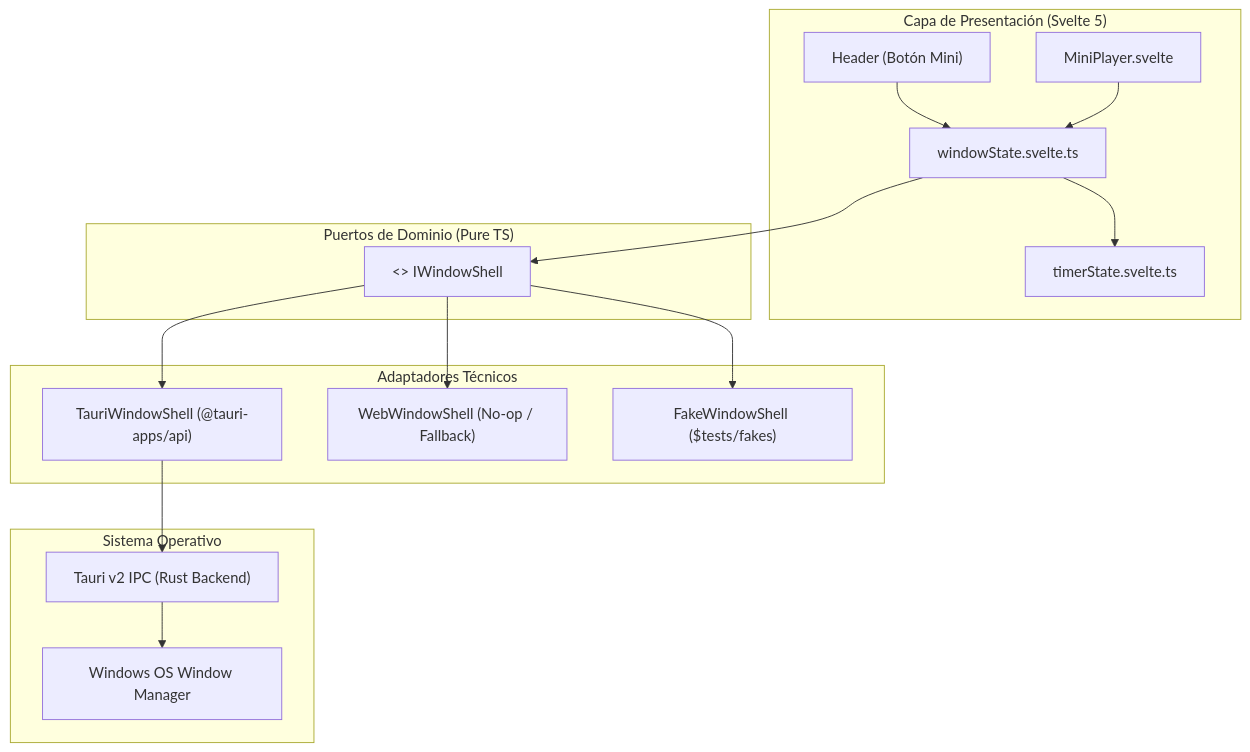
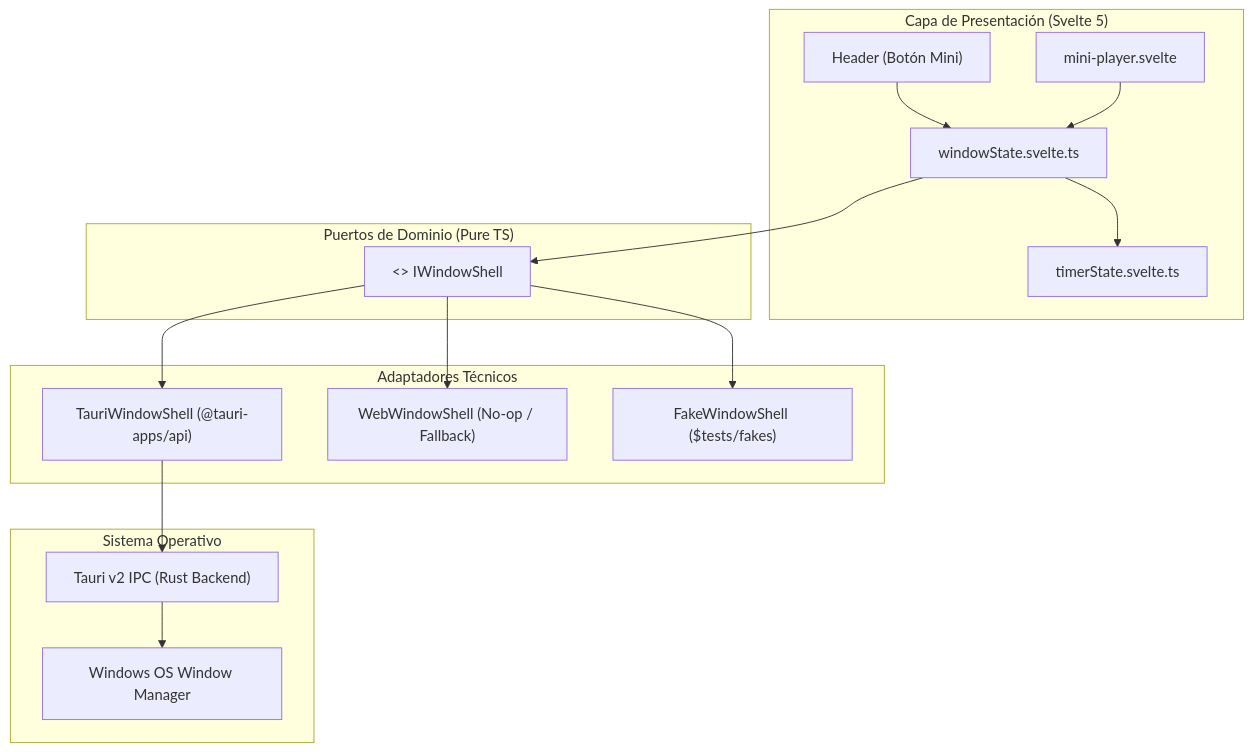
Before and after one commit to EmanuelAngel/pomody: the diagram in docs/features/mini-player/spec.md, drawn with Mermaid. The commit also changed other lines of this file and 12 other files, not shown here.

First line of the commit message:
feat(desktop): mini-player compact view component with 3-column topology (#102) (#117)

````diff
--- a/docs/features/mini-player/spec.md
+++ b/docs/features/mini-player/spec.md
@@ -19,23 +21,23 @@
 ```mermaid
 flowchart TD
     subgraph UI ["Capa de Presentación (Svelte 5)"]
         Header["Header (Botón Mini)"] --> WindowState["windowState.svelte.ts"]
-        MiniPlayer["MiniPlayer.svelte"] --> WindowState
+        MiniPlayer["mini-player.svelte"] --> WindowState
         WindowState --> TimerState["timerState.svelte.ts"]
     end
 
     subgraph Ports ["Puertos de Dominio (Pure TS)"]
         WindowState --> IWindowShell["<<port>> IWindowShell"]
     end
 
     subgraph Adapters ["Adaptadores Técnicos"]
         IWindowShell --> TauriAdapter["TauriWindowShell (@tauri-apps/api)"]
         IWindowShell --> WebAdapter["WebWindowShell (No-op / Fallback)"]
         IWindowShell --> FakeAdapter["FakeWindowShell ($tests/fakes)"]
     end
 
     subgraph OS ["Sistema Operativo"]
         TauriAdapter --> IPC["Tauri v2 IPC (Rust Backend)"]
         IPC --> Win32["Windows OS Window Manager"]
     end
 ```
````
